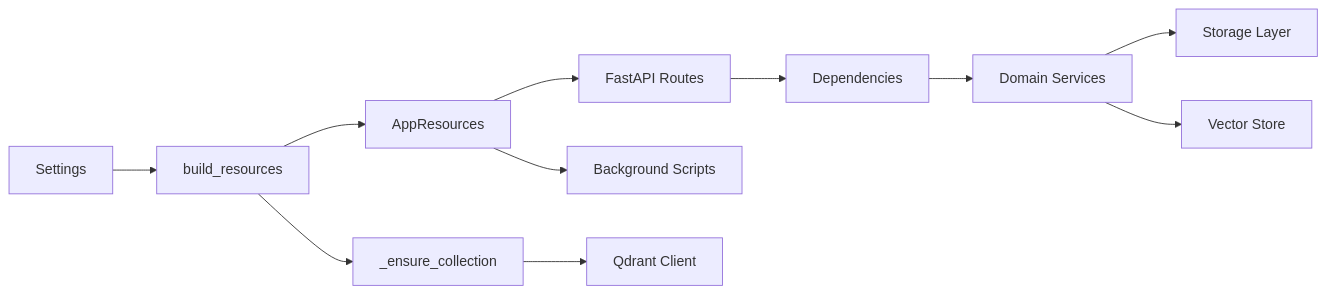
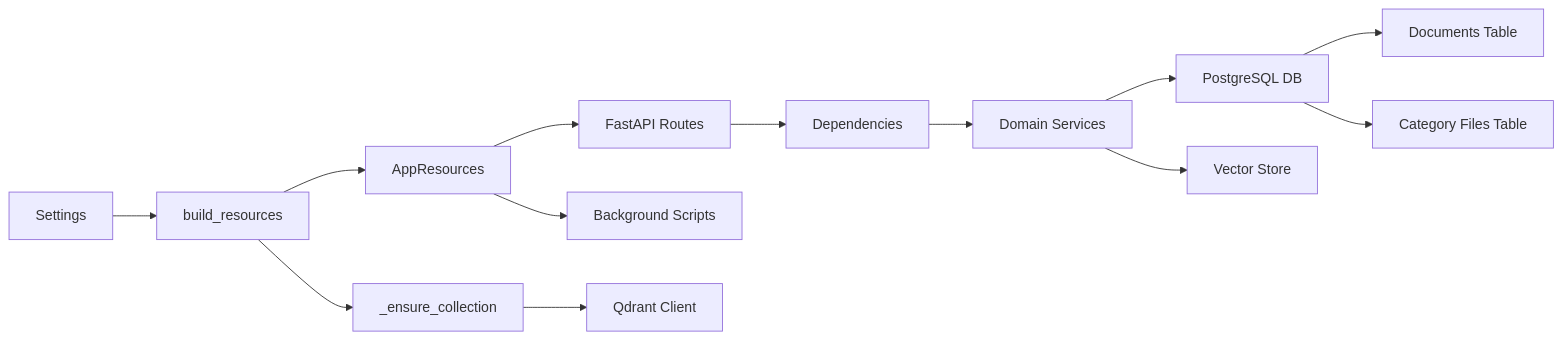
One commit to ognelis/cafetera_hr_bot changed the seventh of 7 diagrams in .qoder/repowiki/en/content/API Reference/Resource Management System.md. Above: the diagram before and after it, drawn with Mermaid. The commit also changed other lines of this file and 13 other files, not shown here.

````diff
--- a/.qoder/repowiki/en/content/API Reference/Resource Management System.md
+++ b/.qoder/repowiki/en/content/API Reference/Resource Management System.md
@@ -432,13 +480,15 @@
 ```mermaid
 graph LR
 Config[Settings] --> Factory[build_resources]
 Factory --> CollMgr[_ensure_collection]
 Factory --> AppRes[AppResources]
 AppRes --> API[FastAPI Routes]
 AppRes --> Scripts[Background Scripts]
 API --> Deps[Dependencies]
 Deps --> Services[Domain Services]
-Services --> Storage[Storage Layer]
+Services --> PG[PostgreSQL DB]
 Services --> Vector[Vector Store]
 CollMgr --> Qdrant[Qdrant Client]
+PG --> Documents[Documents Table]
+PG --> Categories[Category Files Table]
 ```
````
